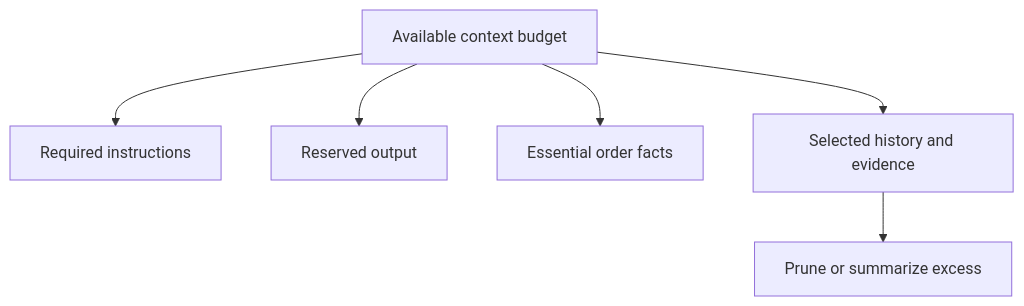
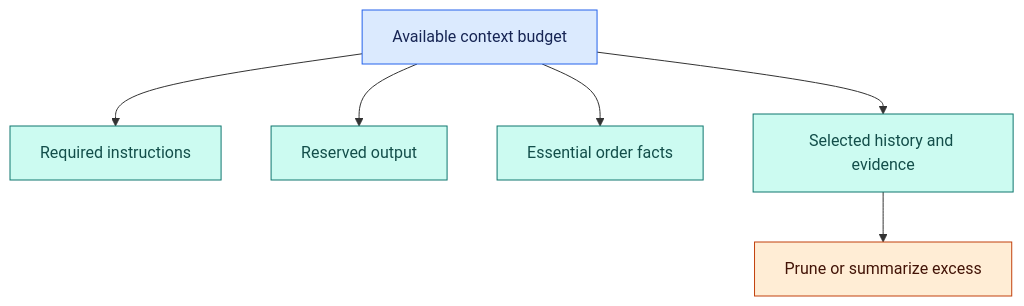
One commit to Shaktiprasadram22/system-design-26-week-roadmap changed the third of 5 diagrams in chapters/05-ai-fundamentals-and-rag.md. Above: the diagram before and after it, drawn with Mermaid. The commit also changed other lines of this file and 21 other files, not shown here.

````diff
--- a/chapters/05-ai-fundamentals-and-rag.md
+++ b/chapters/05-ai-fundamentals-and-rag.md
@@ -107,8 +133,16 @@
 ```mermaid
 flowchart TD
     A[Available context budget] --> B[Required instructions]
     A --> C[Reserved output]
     A --> D[Essential order facts]
     A --> E[Selected history and evidence]
     E --> F[Prune or summarize excess]
+
+    classDef input fill:#dbeafe,stroke:#2563eb,color:#172554;
+    classDef service fill:#ede9fe,stroke:#7c3aed,color:#3b0764;
+    classDef data fill:#ccfbf1,stroke:#0f766e,color:#134e4a;
+    classDef edge fill:#ffedd5,stroke:#c2410c,color:#431407;
+    class A input;
+    class B,C,D,E data;
+    class F edge;
 ```
````
